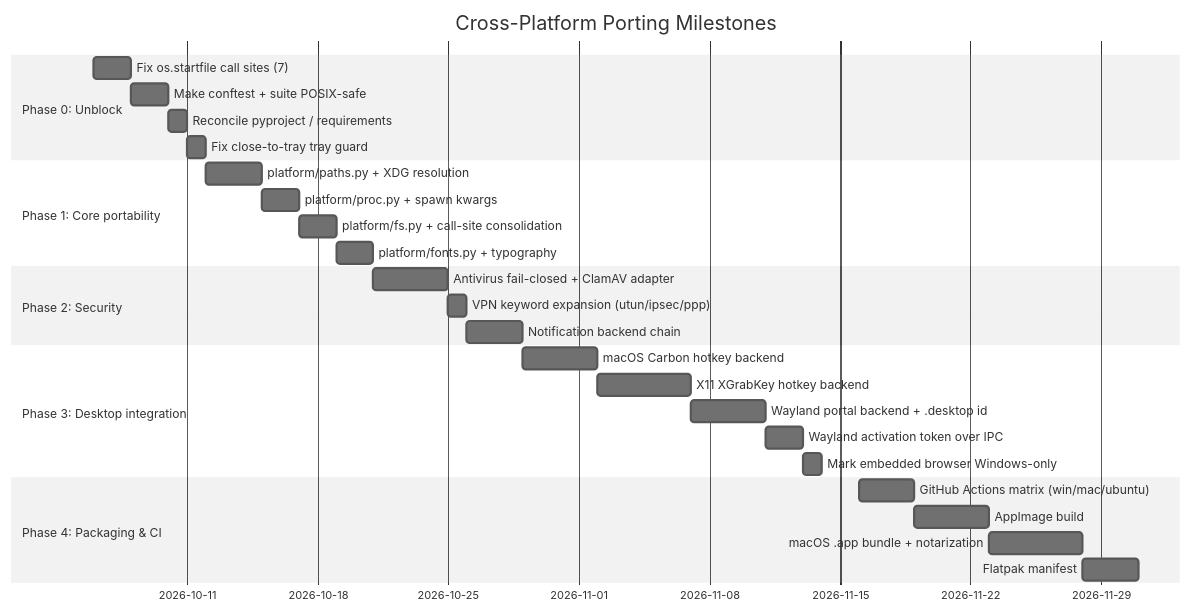
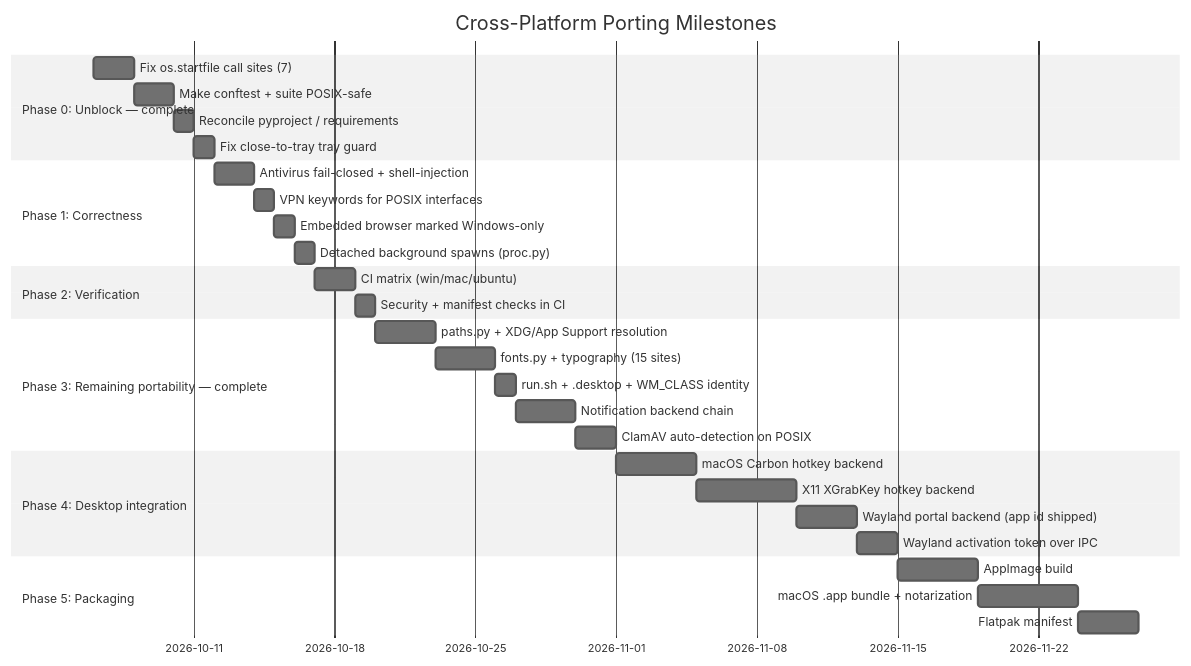
Before and after one commit to rakeshmalik91/my-idm: the second of 2 diagrams in docs/architecture/cross-platform.md, drawn with Mermaid (neutral theme). The commit also changed other lines of this file and 52 other files, not shown here.

````diff
--- a/docs/architecture/cross-platform.md
+++ b/docs/architecture/cross-platform.md
@@ -492,30 +630,33 @@
 ```mermaid
 gantt
     title Cross-Platform Porting Milestones
     dateFormat  YYYY-MM-DD
-    section Phase 0: Unblock
-    Fix os.startfile call sites (7)          :p0_1, 2026-10-06, 2d
-    Make conftest + suite POSIX-safe         :p0_2, after p0_1, 2d
-    Reconcile pyproject / requirements       :p0_3, after p0_2, 1d
-    Fix close-to-tray tray guard             :p0_4, after p0_3, 1d
-    section Phase 1: Core portability
-    platform/paths.py + XDG resolution       :p1_1, after p0_4, 3d
-    platform/proc.py + spawn kwargs          :p1_2, after p1_1, 2d
-    platform/fs.py + call-site consolidation :p1_3, after p1_2, 2d
-    platform/fonts.py + typography           :p1_4, after p1_3, 2d
-    section Phase 2: Security
-    Antivirus fail-closed + ClamAV adapter   :p2_1, after p1_4, 4d
-    VPN keyword expansion (utun/ipsec/ppp)   :p2_2, after p2_1, 1d
-    Notification backend chain               :p2_3, after p2_2, 3d
-    section Phase 3: Desktop integration
-    macOS Carbon hotkey backend              :p3_1, after p2_3, 4d
-    X11 XGrabKey hotkey backend              :p3_2, after p3_1, 5d
-    Wayland portal backend + .desktop id     :p3_3, after p3_2, 4d
-    Wayland activation token over IPC        :p3_4, after p3_3, 2d
-    Mark embedded browser Windows-only        :p3_5, after p3_4, 1d
-    section Phase 4: Packaging & CI
-    GitHub Actions matrix (win/mac/ubuntu)   :p4_1, 2026-11-16, 3d
-    AppImage build                           :p4_2, after p4_1, 4d
-    macOS .app bundle + notarization         :p4_3, after p4_2, 5d
-    Flatpak manifest                         :p4_4, after p4_3, 3d
+    section Phase 0: Unblock — complete
+    Fix os.startfile call sites (7)          :p0_1_done, 2026-10-06, 2d
+    Make conftest + suite POSIX-safe         :p0_2_done, after p0_1_done, 2d
+    Reconcile pyproject / requirements       :p0_3_done, after p0_2_done, 1d
+    Fix close-to-tray tray guard             :p0_4_done, after p0_3_done, 1d
+    section Phase 1: Correctness
+    Antivirus fail-closed + shell-injection   :p1_1_done, after p0_4_done, 2d
+    VPN keywords for POSIX interfaces        :p1_2_done, after p1_1_done, 1d
+    Embedded browser marked Windows-only      :p1_3_done, after p1_2_done, 1d
+    Detached background spawns (proc.py)      :p1_4_done, after p1_3_done, 1d
+    section Phase 2: Verification
+    CI matrix (win/mac/ubuntu)               :p2_1_done, after p1_4_done, 2d
+    Security + manifest checks in CI         :p2_2_done, after p2_1_done, 1d
+    section Phase 3: Remaining portability — complete
+    paths.py + XDG/App Support resolution   :p3_1_done, after p2_2_done, 3d
+    fonts.py + typography (15 sites)        :p3_2_done, after p3_1_done, 3d
+    run.sh + .desktop + WM_CLASS identity   :p3_3_done, after p3_2_done, 1d
+    Notification backend chain               :p3_4_done, after p3_3_done, 3d
+    ClamAV auto-detection on POSIX           :p3_5_done, after p3_4_done, 2d
+    section Phase 4: Desktop integration
+    macOS Carbon hotkey backend              :p4_1, after p3_5_done, 4d
+    X11 XGrabKey hotkey backend              :p4_2, after p4_1, 5d
+    Wayland portal backend (app id shipped)  :p4_3, after p4_2, 3d
+    Wayland activation token over IPC        :p4_4, after p4_3, 2d
+    section Phase 5: Packaging
+    AppImage build                           :p5_1, after p4_4, 4d
+    macOS .app bundle + notarization         :p5_2, after p5_1, 5d
+    Flatpak manifest                         :p5_3, after p5_2, 3d
 ```
````
